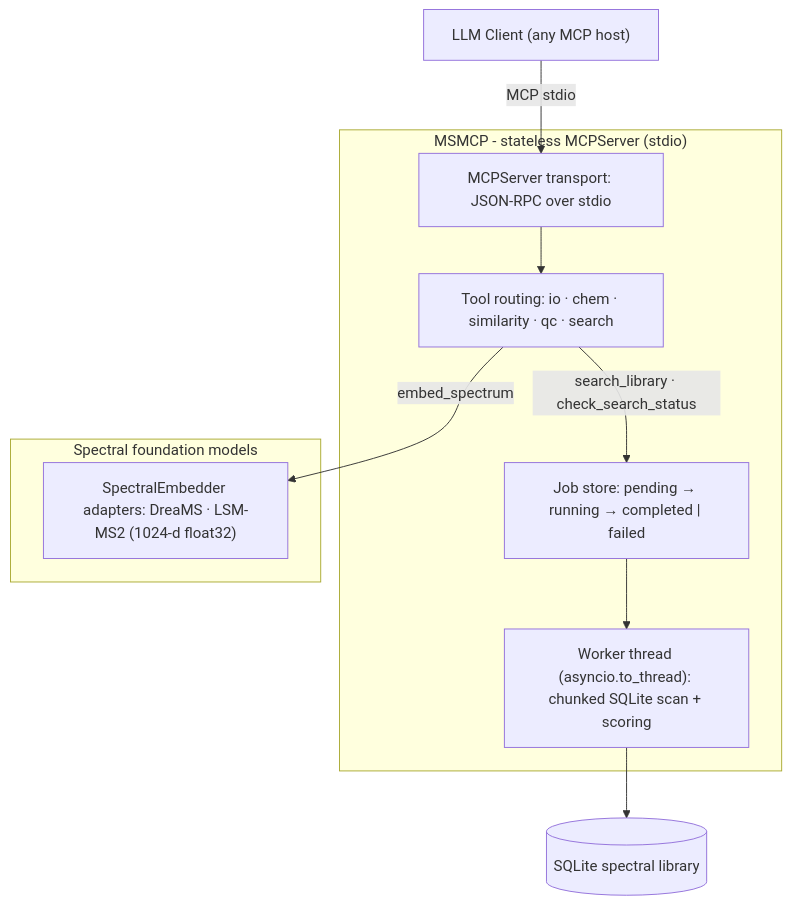
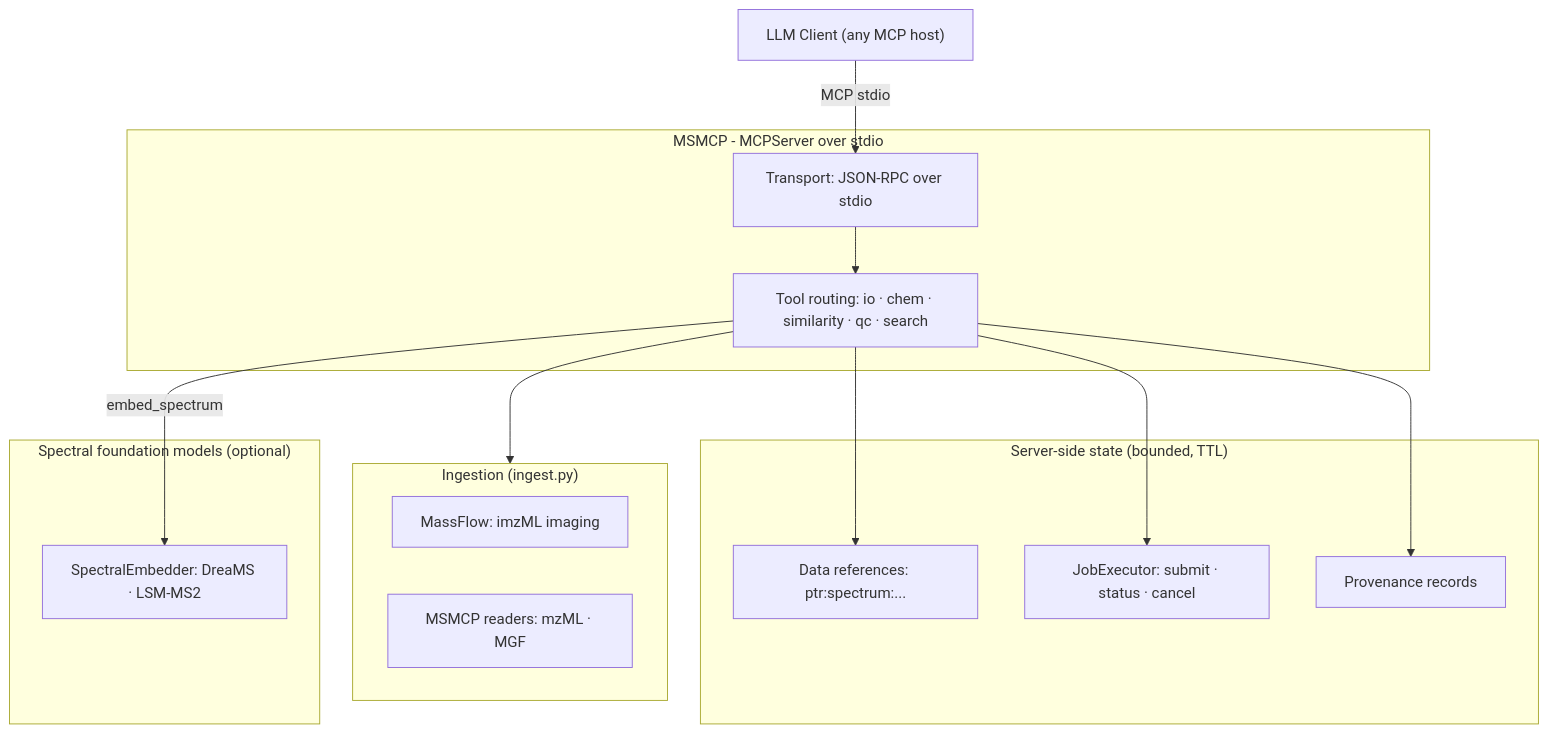
One commit to janusson/MSMCP changed the diagram in README.md. Above: the diagram before and after it, drawn with Mermaid. The commit also changed other lines of this file and 49 other files, not shown here.

First line of the commit message:
Add v1.0 core: ingestion, data references, provenance, jobs, security

````diff
--- a/README.md
+++ b/README.md
@@ -83,27 +122,32 @@
 ```mermaid
 flowchart TD
     Client["LLM Client (any MCP host)"]
 
-    subgraph MSMCP["MSMCP - stateless MCPServer (stdio)"]
-        Transport["MCPServer transport: JSON-RPC over stdio"]
+    subgraph MSMCP["MSMCP - MCPServer over stdio"]
+        Transport["Transport: JSON-RPC over stdio"]
         ToolRouting["Tool routing: io · chem · similarity · qc · search"]
     end
 
-    subgraph MSMCP["MSMCP - in-process async jobs"]
-        JobStore["Job store: pending → running → completed | failed"]
-        Worker["Worker thread (asyncio.to_thread): chunked SQLite scan + scoring"]
+    subgraph Ingest["Ingestion (ingest.py)"]
+        MassFlow["MassFlow: imzML imaging"]
+        Readers["MSMCP readers: mzML · MGF"]
     end
 
-    subgraph Models["Spectral foundation models"]
-        Embedders["SpectralEmbedder adapters: DreaMS · LSM-MS2 (1024-d float32)"]
+    subgraph State["Server-side state (bounded, TTL)"]
+        Refs["Data references: ptr:spectrum:..."]
+        Executor["JobExecutor: submit · status · cancel"]
+        Prov["Provenance records"]
     end
 
-    DB[("SQLite spectral library")]
+    subgraph Models["Spectral foundation models (optional)"]
+        Embedders["SpectralEmbedder: DreaMS · LSM-MS2"]
+    end
 
     Client -->|MCP stdio| Transport
     Transport --> ToolRouting
+    ToolRouting --> Ingest
+    ToolRouting --> Refs
+    ToolRouting --> Executor
+    ToolRouting --> Prov
     ToolRouting -->|embed_spectrum| Embedders
-    ToolRouting -->|"search_library · check_search_status"| JobStore
-    JobStore --> Worker
-    Worker --> DB
 ```
````
